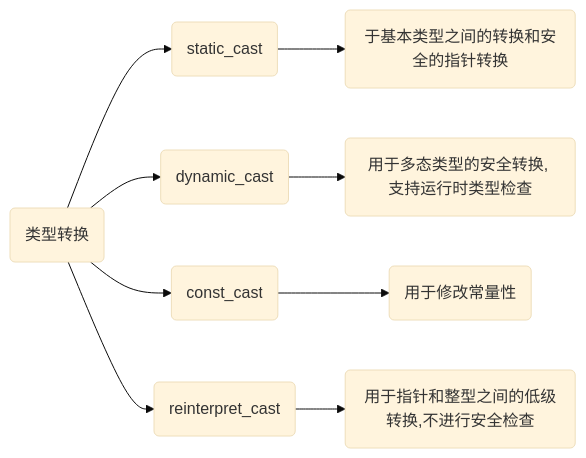
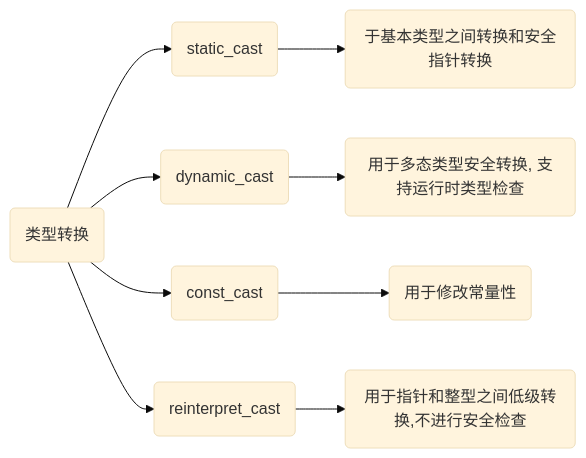
Before and after one commit to dmjcb/dmjcb.github.io: the diagram in _posts/Language/C&C++/C++/2024-09-28-类型转换.md, drawn with Mermaid (base theme). The commit also changed other lines of this file and 74 other files, not shown here.

````diff
--- a/_posts/Language/C&C++/C++/2024-09-28-类型转换.md
+++ b/_posts/Language/C&C++/C++/2024-09-28-类型转换.md
@@ -11,8 +11,8 @@
 ```mermaid
 graph LR;
     X(类型转换)
-    X --> S(static_cast) --> S1(于基本类型之间的转换和安全的指针转换)
-    X --> D(dynamic_cast) --> D1(用于多态类型的安全转换, 支持运行时类型检查)
+    X --> S(static_cast) --> S1(于基本类型之间转换和安全指针转换)
+    X --> D(dynamic_cast) --> D1(用于多态类型安全转换, 支持运行时类型检查)
     X --> C(const_cast) --> C1(用于修改常量性)
-    X --> R(reinterpret_cast) --> R1(用于指针和整型之间的低级转换,不进行安全检查)
+    X --> R(reinterpret_cast) --> R1(用于指针和整型之间低级转换,不进行安全检查)
 ```
````
